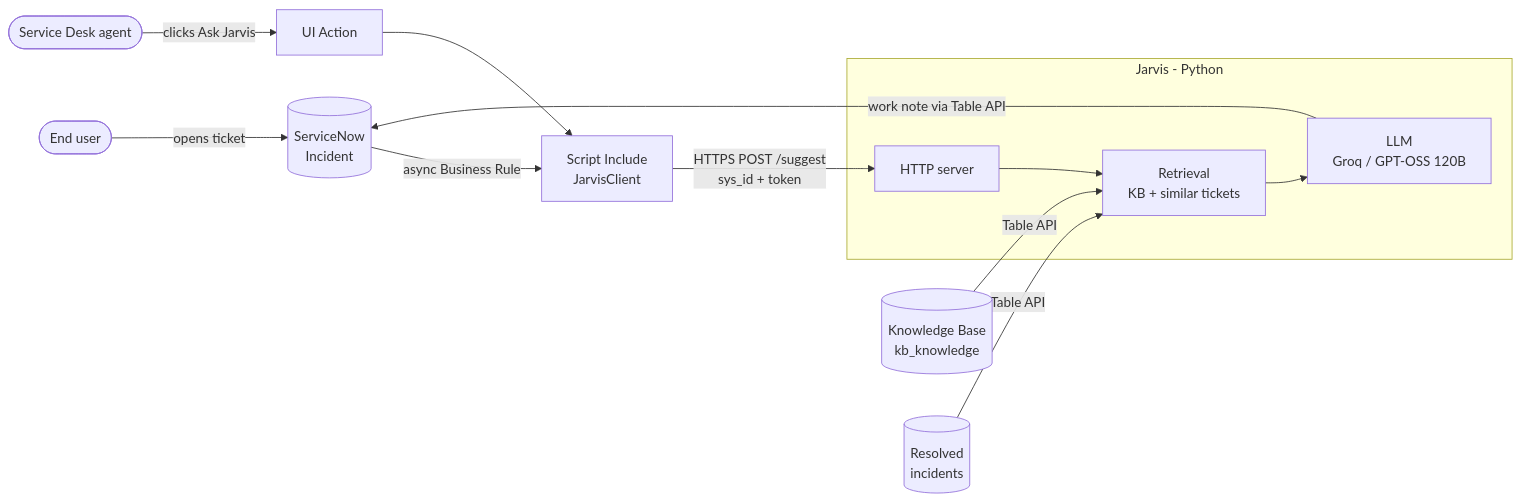
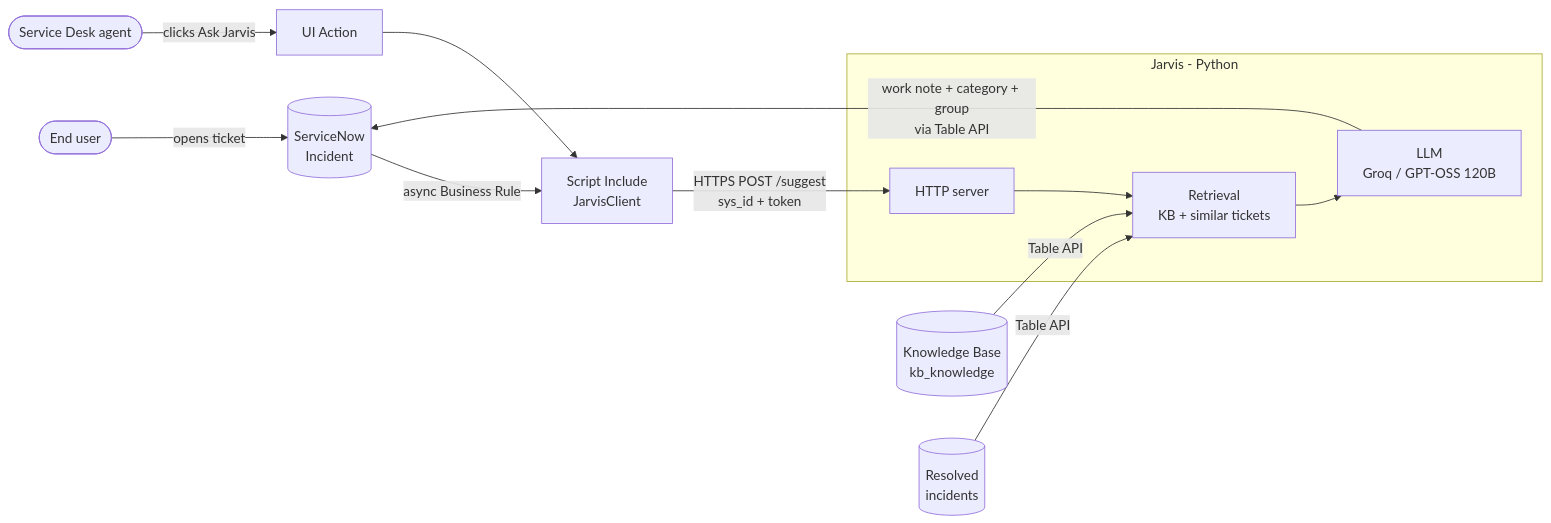
The first of 2 diagrams in README.md (tortonef/jarvis-servicenow), drawn with Mermaid before and after one commit. The commit also changed other lines of this file and 6 other files, not shown here.

First line of the commit message:
Auto-triage: category and assignment group

````diff
--- a/README.md
+++ b/README.md
@@ -13,15 +13,15 @@
 ```mermaid
 flowchart LR
     U([End user]) -->|opens ticket| INC[(ServiceNow<br/>Incident)]
     A([Service Desk agent]) -->|clicks Ask Jarvis| BTN[UI Action]
     INC -->|async Business Rule| CL[Script Include<br/>JarvisClient]
     BTN --> CL
     CL -->|HTTPS POST /suggest<br/>sys_id + token| S
     subgraph Jarvis [Jarvis - Python]
         S[HTTP server] --> R[Retrieval<br/>KB + similar tickets]
         R --> L[LLM<br/>Groq / GPT-OSS 120B]
     end
     KB[(Knowledge Base<br/>kb_knowledge)] -->|Table API| R
     HIST[(Resolved<br/>incidents)] -->|Table API| R
-    L -->|work note via Table API| INC
+    L -->|work note + category + group<br/>via Table API| INC
 ```
````
